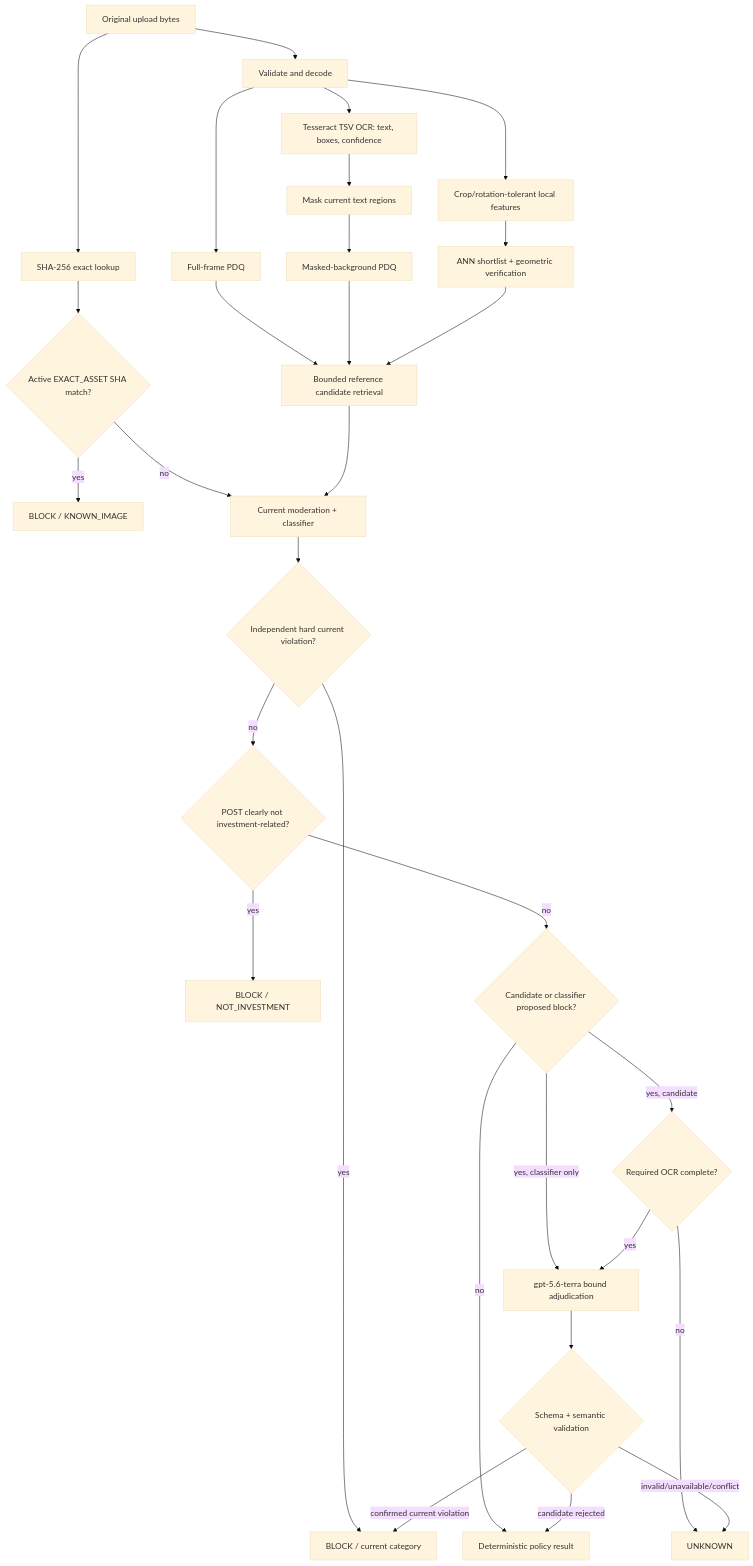
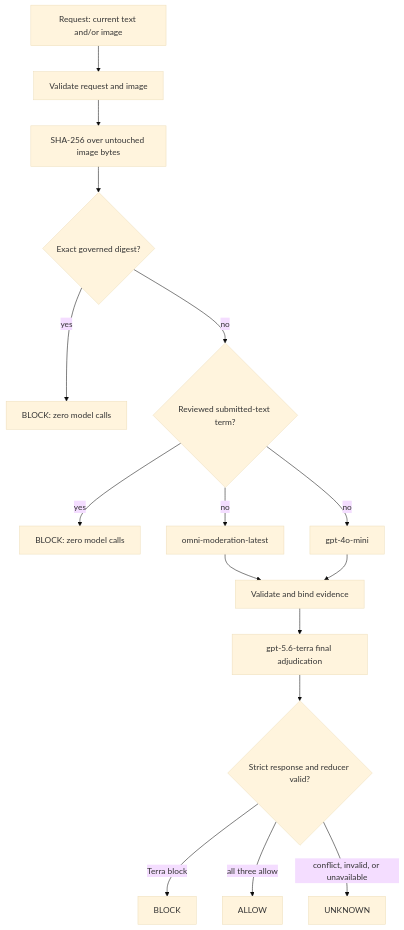
One commit to mammadovziya/social_media_moderation changed the diagram in docs/image-moderation-architecture.md. Above: the diagram before and after it, drawn with Mermaid (base theme). The commit also changed other lines of this file and 159 other files, not shown here.

Commit message:
feat: add minimal SHA-256 and AI moderation

````diff
--- a/docs/image-moderation-architecture.md
+++ b/docs/image-moderation-architecture.md
@@ -35,32 +31,18 @@
 ```mermaid
 flowchart TD
-    A["Original upload bytes"] --> B["Validate and decode"]
-    A --> C["SHA-256 exact lookup"]
-    B --> D["Full-frame PDQ"]
-    B --> E["Tesseract TSV OCR: text, boxes, confidence"]
-    E --> F["Mask current text regions"]
-    F --> G["Masked-background PDQ"]
-    D --> H["Bounded reference candidate retrieval"]
-    G --> H
-    B --> V["Crop/rotation-tolerant local features"]
-    V --> W["ANN shortlist + geometric verification"]
-    W --> H
-    C --> I{"Active EXACT_ASSET SHA match?"}
-    I -->|yes| J["BLOCK / KNOWN_IMAGE"]
-    I -->|no| K["Current moderation + classifier"]
-    H --> K
-    K --> L{"Independent hard current violation?"}
-    L -->|yes| M["BLOCK / current category"]
-    L -->|no| U{"POST clearly not investment-related?"}
-    U -->|yes| NI["BLOCK / NOT_INVESTMENT"]
-    U -->|no| T{"Candidate or classifier proposed block?"}
-    T -->|no| N["Deterministic policy result"]
-    T -->|yes, candidate| O{"Required OCR complete?"}
-    T -->|yes, classifier only| Q
-    O -->|no| P["UNKNOWN"]
-    O -->|yes| Q["gpt-5.6-terra bound adjudication"]
-    Q --> R{"Schema + semantic validation"}
-    R -->|invalid/unavailable/conflict| P
-    R -->|confirmed current violation| M
-    R -->|candidate rejected| N
+    A["Request: current text and/or image"] --> B["Validate request and image"]
+    B --> C["SHA-256 over untouched image bytes"]
+    C --> D{"Exact governed digest?"}
+    D -->|yes| E["BLOCK: zero model calls"]
+    D -->|no| F{"Reviewed submitted-text term?"}
+    F -->|yes| G["BLOCK: zero model calls"]
+    F -->|no| H["omni-moderation-latest"]
+    F -->|no| I["gpt-4o-mini"]
+    H --> J["Validate and bind evidence"]
+    I --> J
+    J --> K["gpt-5.6-terra final adjudication"]
+    K --> L{"Strict response and reducer valid?"}
+    L -->|Terra block| M["BLOCK"]
+    L -->|all three allow| O["ALLOW"]
+    L -->|conflict, invalid, or unavailable| N["UNKNOWN"]
 ```
````
